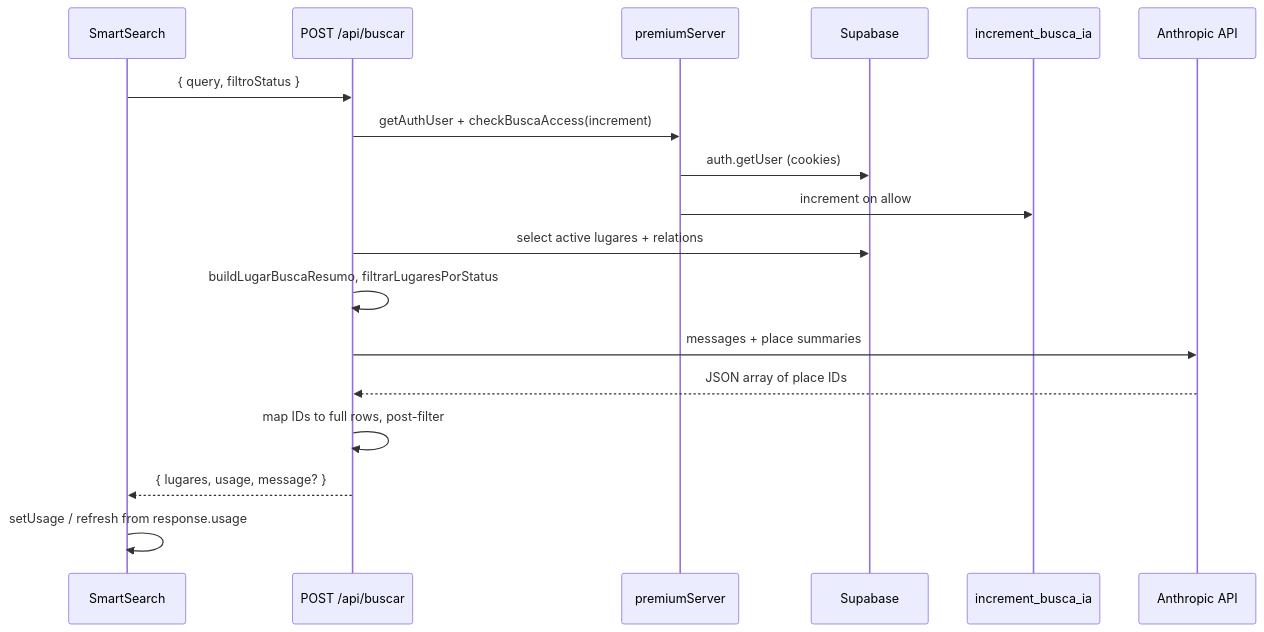
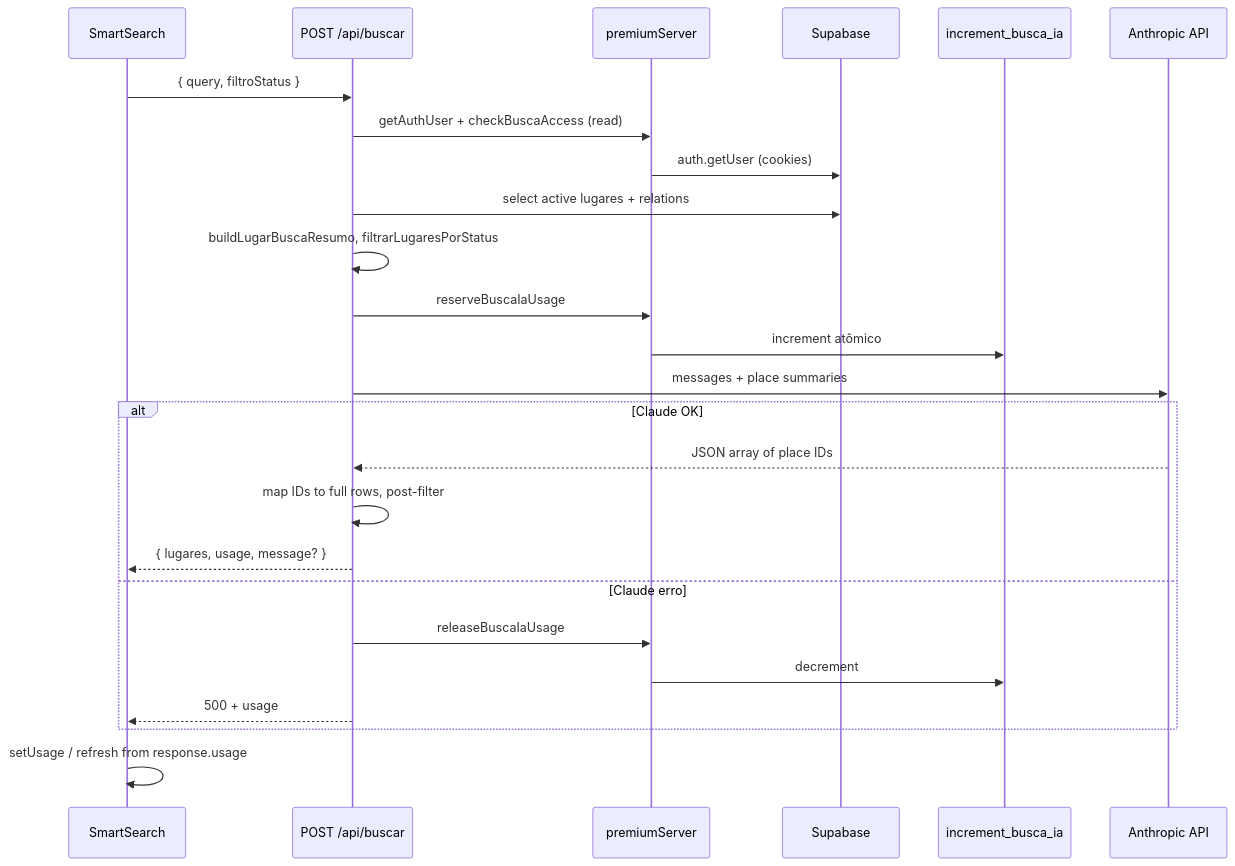
Before and after one commit to Guia-de-Bolso/guia-de-bolso: the third of 8 diagrams in docs/architecture.md, drawn with Mermaid. The commit also changed other lines of this file and 69 other files, not shown here.

````diff
--- a/docs/architecture.md
+++ b/docs/architecture.md
@@ -344,21 +344,28 @@
 ```mermaid
 sequenceDiagram
   participant UI as SmartSearch
   participant API as POST /api/buscar
   participant PS as premiumServer
   participant SB as Supabase
   participant RPC as increment_busca_ia
   participant AI as Anthropic API
 
   UI->>API: { query, filtroStatus }
-  API->>PS: getAuthUser + checkBuscaAccess(increment)
+  API->>PS: getAuthUser + checkBuscaAccess (read)
   PS->>SB: auth.getUser (cookies)
-  PS->>RPC: increment on allow
   API->>SB: select active lugares + relations
   API->>API: buildLugarBuscaResumo, filtrarLugaresPorStatus
+  API->>PS: reserveBuscaIaUsage
+  PS->>RPC: increment atômico
   API->>AI: messages + place summaries
-  AI-->>API: JSON array of place IDs
-  API->>API: map IDs to full rows, post-filter
-  API-->>UI: { lugares, usage, message? }
+  alt Claude OK
+    AI-->>API: JSON array of place IDs
+    API->>API: map IDs to full rows, post-filter
+    API-->>UI: { lugares, usage, message? }
+  else Claude erro
+    API->>PS: releaseBuscaIaUsage
+    PS->>RPC: decrement
+    API-->>UI: 500 + usage
+  end
   UI->>UI: setUsage / refresh from response.usage
 ```
````
